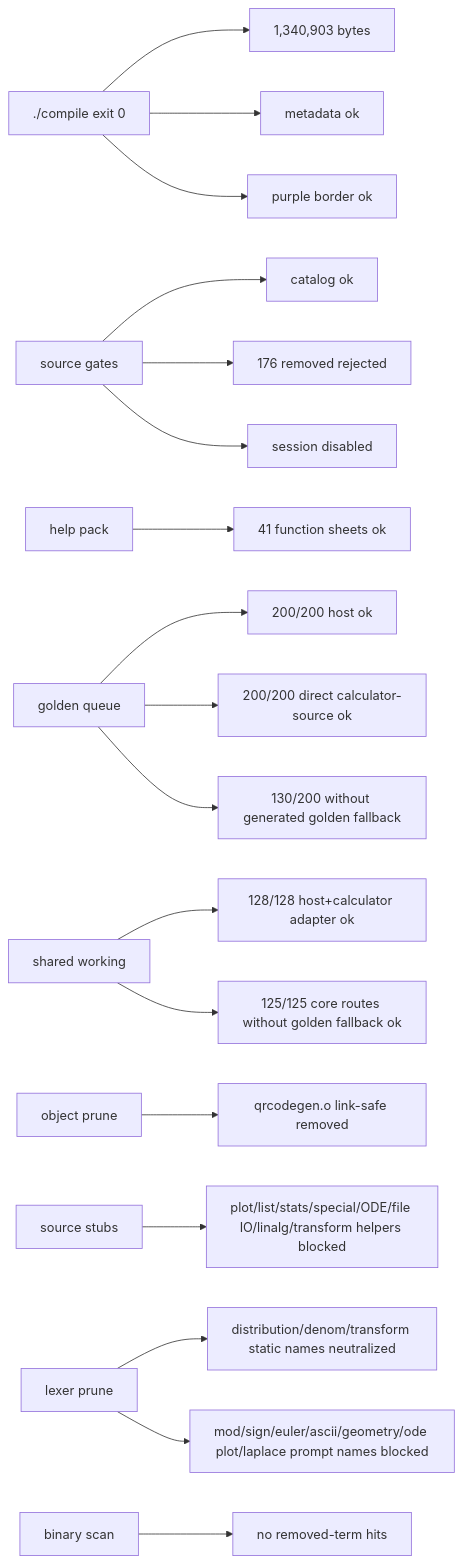
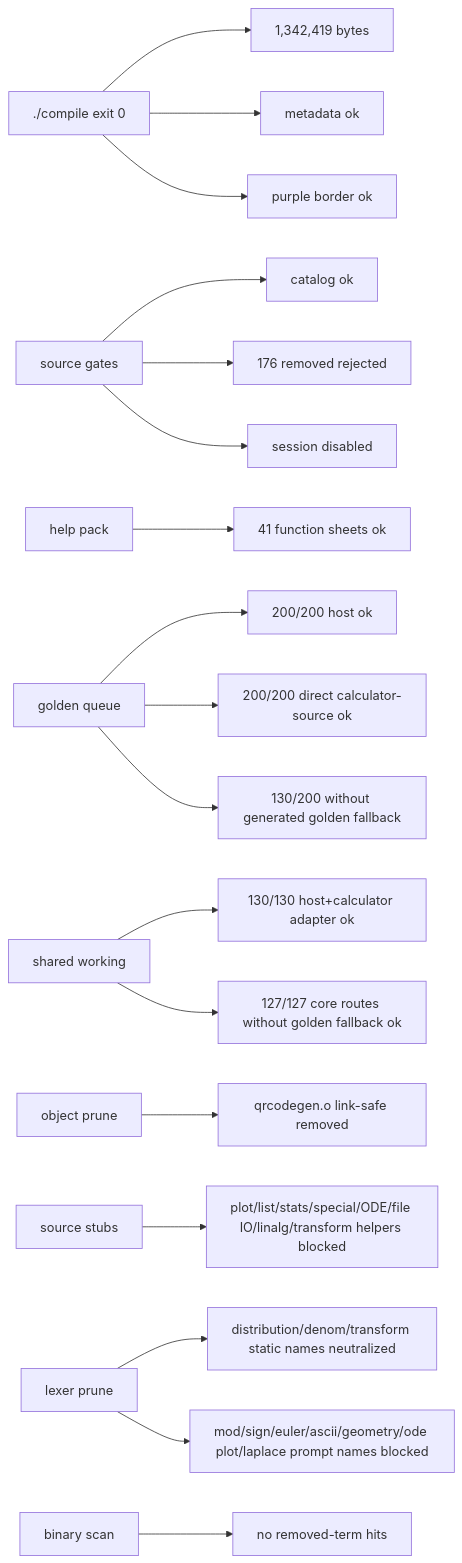
The seventh of 7 diagrams in docs/GRAPH.md (james8464/notes-addin-casio-fx-cg50), drawn with Mermaid before and after one commit. The commit also changed other lines of this file and 3 other files, not shown here.

````diff
--- a/docs/GRAPH.md
+++ b/docs/GRAPH.md
@@ -151,20 +152,20 @@
 ```mermaid
 graph LR
-  Build["./compile exit 0"] --> Size["1,340,903 bytes"]
+  Build["./compile exit 0"] --> Size["1,342,419 bytes"]
   Build --> Meta["metadata ok"]
   Build --> Border["purple border ok"]
   Source["source gates"] --> Catalog["catalog ok"]
   Source --> Removed["176 removed rejected"]
   Source --> Session["session disabled"]
   Help["help pack"] --> HelpQ["41 function sheets ok"]
   Queue["golden queue"] --> QueueRun["200/200 host ok"]
   Queue --> GoldenRun["200/200 direct calculator-source ok"]
   Queue --> NoGolden["130/200 without generated golden fallback"]
-  Shared["shared working"] --> SharedRun["128/128 host+calculator adapter ok"]
-  Shared --> CoreRun["125/125 core routes without golden fallback ok"]
+  Shared["shared working"] --> SharedRun["130/130 host+calculator adapter ok"]
+  Shared --> CoreRun["127/127 core routes without golden fallback ok"]
   Obj["object prune"] --> QR["qrcodegen.o link-safe removed"]
   Macro["source stubs"] --> Stubbed["plot/list/stats/special/ODE/file IO/linalg/transform helpers blocked"]
   Static["lexer prune"] --> StaticRun["distribution/denom/transform static names neutralized"]
   Static --> PromptRun["mod/sign/euler/ascii/geometry/ode plot/laplace prompt names blocked"]
   Bin["binary scan"] --> NoLeak["no removed-term hits"]
 ```
````
